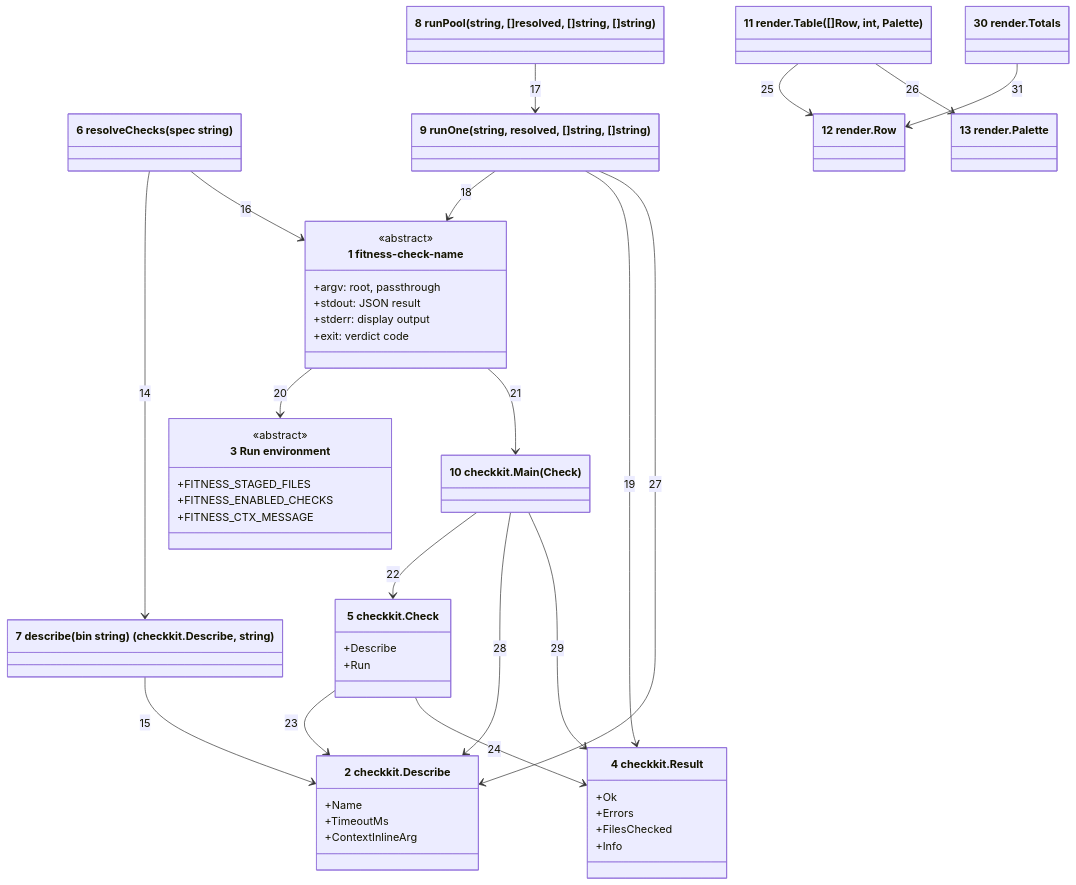
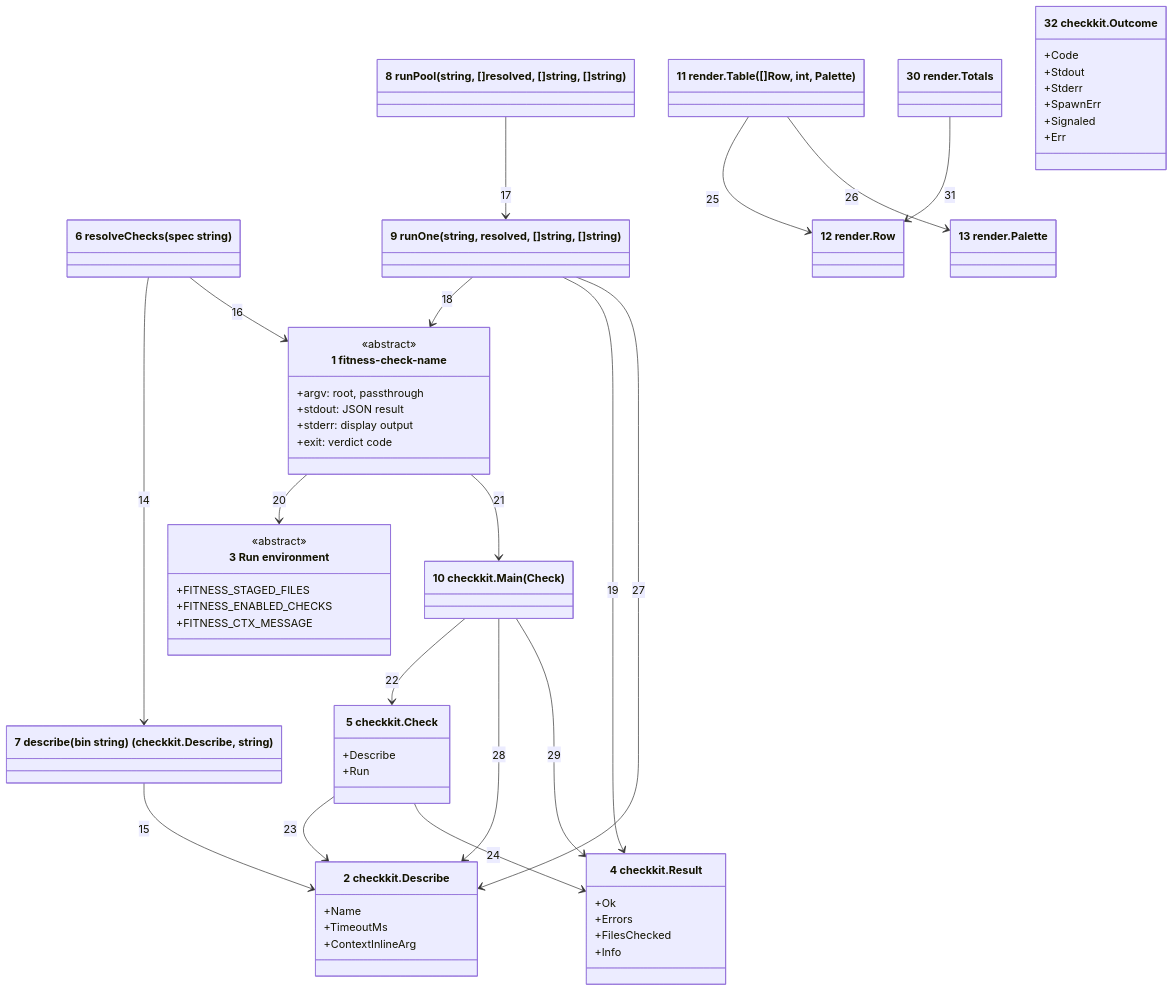
Before and after one commit to may-journal/fitness-runner: the first of 2 diagrams in docs/architecture/04-code.md, drawn with Mermaid. The commit also changed other lines of this file and 22 other files, not shown here.

````diff
--- a/docs/architecture/04-code.md
+++ b/docs/architecture/04-code.md
@@ -8,58 +8,66 @@
 ```mermaid
 classDiagram
     class CheckBinary["1 fitness-check-name"] {
         <<abstract>>
         +argv: root, passthrough
         +stdout: JSON result
         +stderr: display output
         +exit: verdict code
     }
     class Describe["2 checkkit.Describe"] {
         +Name
         +TimeoutMs
         +ContextInlineArg
     }
     class RunEnv["3 Run environment"] {
         <<abstract>>
         +FITNESS_STAGED_FILES
         +FITNESS_ENABLED_CHECKS
         +FITNESS_CTX_MESSAGE
     }
     class Result["4 checkkit.Result"] {
         +Ok
         +Errors
         +FilesChecked
         +Info
     }
     class Check["5 checkkit.Check"] {
         +Describe
         +Run
     }
     class resolveChecks["6 resolveChecks(spec string)"]
     class describe["7 describe(bin string) (checkkit.Describe, string)"]
     class runPool["8 runPool(string, []resolved, []string, []string)"]
     class runOne["9 runOne(string, resolved, []string, []string)"]
     class checkkitMain["10 checkkit.Main(Check)"]
     class renderTable["11 render.Table([]Row, int, Palette)"]
     class Row["12 render.Row"]
     class Palette["13 render.Palette"]
     class Totals["30 render.Totals"]
+    class Outcome["32 checkkit.Outcome"] {
+        +Code
+        +Stdout
+        +Stderr
+        +SpawnErr
+        +Signaled
+        +Err
+    }
 
     resolveChecks --> describe : 14
     describe --> Describe : 15
     resolveChecks --> CheckBinary : 16
     runPool --> runOne : 17
     runOne --> CheckBinary : 18
     runOne --> Result : 19
     CheckBinary --> RunEnv : 20
     CheckBinary --> checkkitMain : 21
     checkkitMain --> Check : 22
     Check --> Describe : 23
     Check --> Result : 24
     renderTable --> Row : 25
     renderTable --> Palette : 26
     runOne --> Describe : 27
     checkkitMain --> Describe : 28
     checkkitMain --> Result : 29
     Totals --> Row : 31
 ```
````
